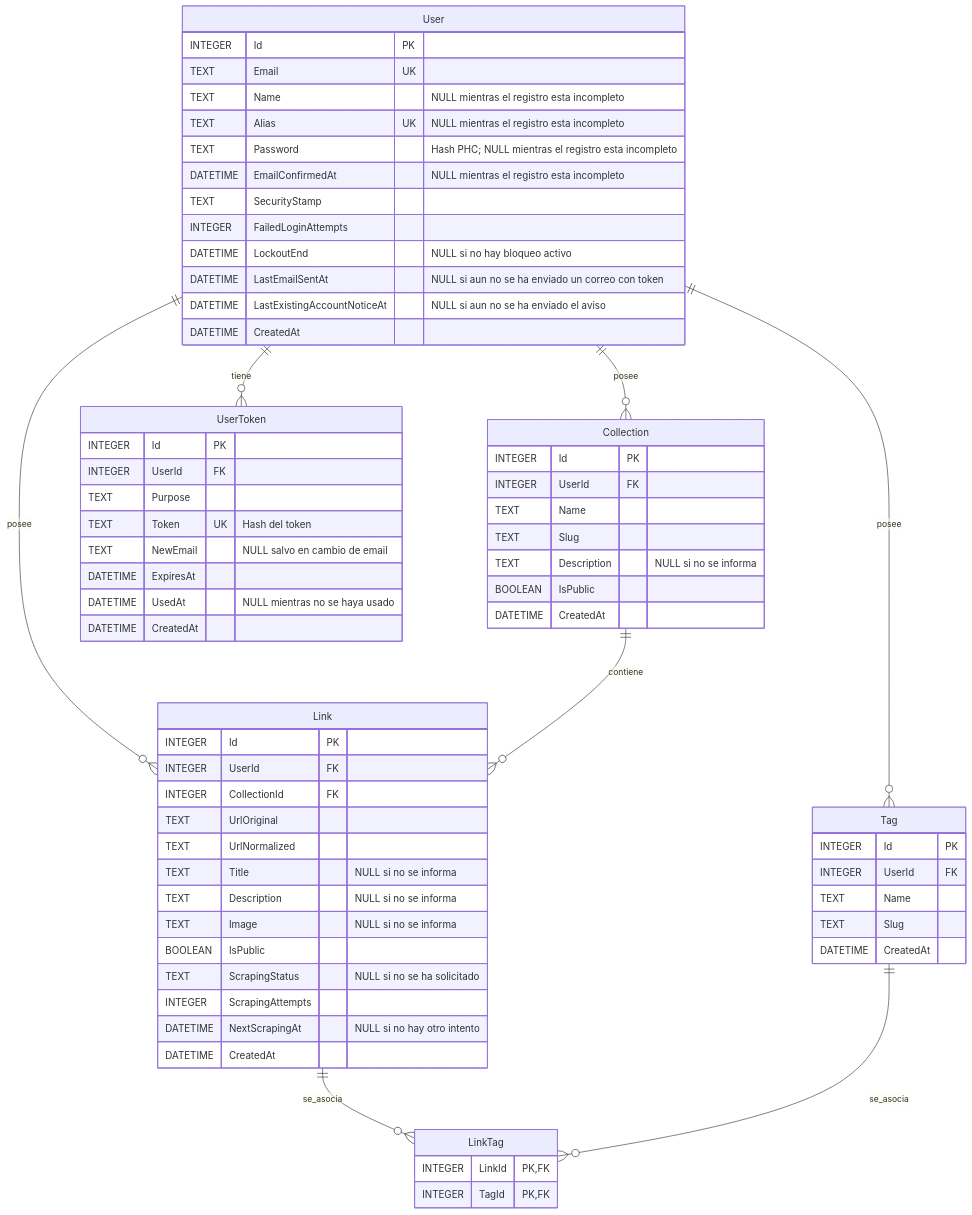
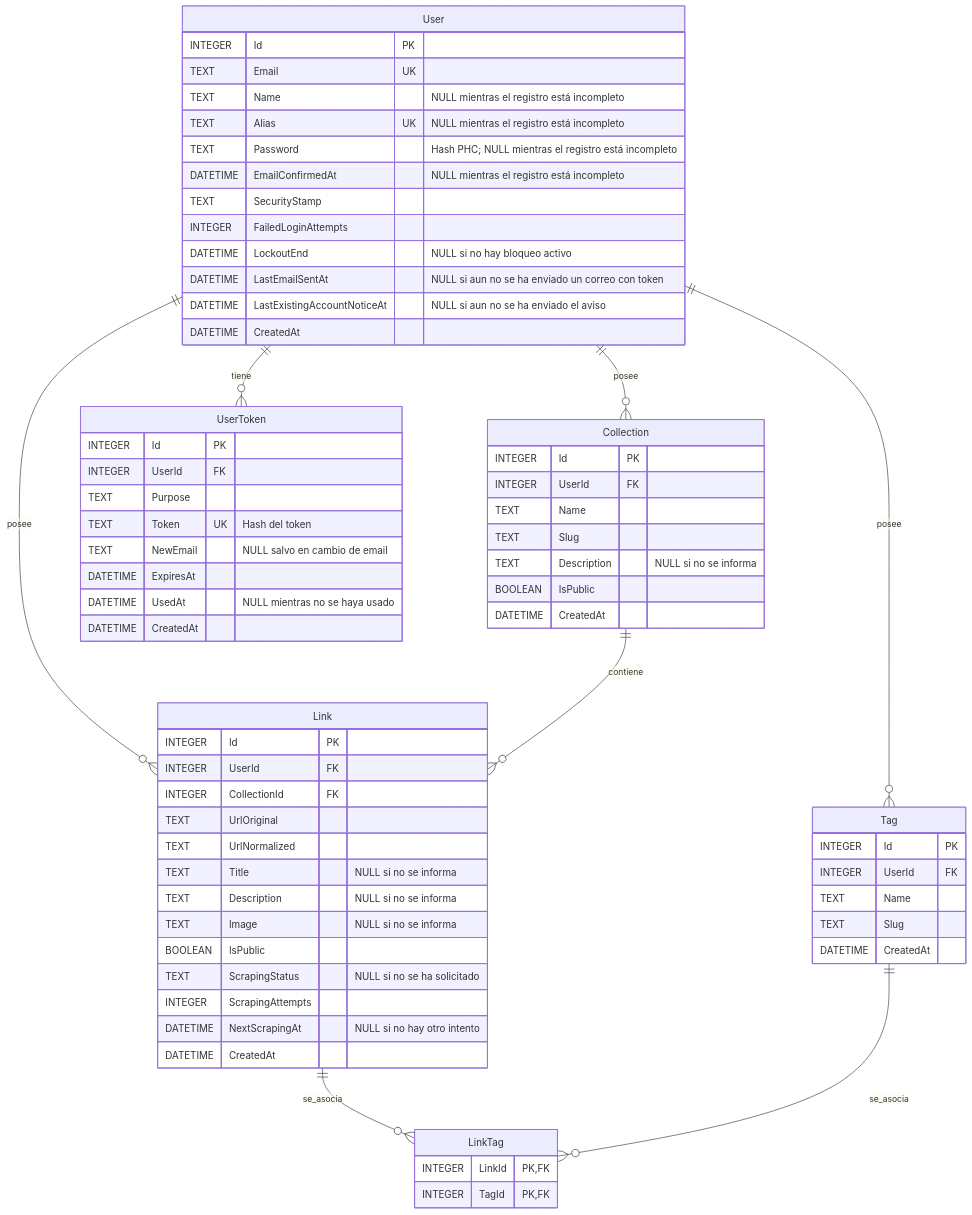
The diagram in context/diagrams/er-diagram.md (DaveSoftDev/Linkubator), drawn with Mermaid before and after one commit. The commit also changed other lines of this file and 22 other files, not shown here.

````diff
--- a/context/diagrams/er-diagram.md
+++ b/context/diagrams/er-diagram.md
@@ -5,75 +7,75 @@
 ```mermaid
 erDiagram
     User {
         INTEGER Id PK
         TEXT Email UK
-        TEXT Name "NULL mientras el registro esta incompleto"
-        TEXT Alias UK "NULL mientras el registro esta incompleto"
-        TEXT Password "Hash PHC; NULL mientras el registro esta incompleto"
-        DATETIME EmailConfirmedAt "NULL mientras el registro esta incompleto"
+        TEXT Name "NULL mientras el registro está incompleto"
+        TEXT Alias UK "NULL mientras el registro está incompleto"
+        TEXT Password "Hash PHC; NULL mientras el registro está incompleto"
+        DATETIME EmailConfirmedAt "NULL mientras el registro está incompleto"
         TEXT SecurityStamp
         INTEGER FailedLoginAttempts
         DATETIME LockoutEnd "NULL si no hay bloqueo activo"
         DATETIME LastEmailSentAt "NULL si aun no se ha enviado un correo con token"
         DATETIME LastExistingAccountNoticeAt "NULL si aun no se ha enviado el aviso"
         DATETIME CreatedAt
     }
 
     Collection {
         INTEGER Id PK
         INTEGER UserId FK
         TEXT Name
         TEXT Slug
         TEXT Description "NULL si no se informa"
         BOOLEAN IsPublic
         DATETIME CreatedAt
     }
 
     Link {
         INTEGER Id PK
         INTEGER UserId FK
         INTEGER CollectionId FK
         TEXT UrlOriginal
         TEXT UrlNormalized
         TEXT Title "NULL si no se informa"
         TEXT Description "NULL si no se informa"
         TEXT Image "NULL si no se informa"
         BOOLEAN IsPublic
         TEXT ScrapingStatus "NULL si no se ha solicitado"
         INTEGER ScrapingAttempts
         DATETIME NextScrapingAt "NULL si no hay otro intento"
         DATETIME CreatedAt
     }
 
     Tag {
         INTEGER Id PK
         INTEGER UserId FK
         TEXT Name
         TEXT Slug
         DATETIME CreatedAt
     }
 
     LinkTag {
         INTEGER LinkId PK, FK
         INTEGER TagId PK, FK
     }
 
     UserToken {
         INTEGER Id PK
         INTEGER UserId FK
         TEXT Purpose
         TEXT Token UK "Hash del token"
         TEXT NewEmail "NULL salvo en cambio de email"
         DATETIME ExpiresAt
         DATETIME UsedAt "NULL mientras no se haya usado"
         DATETIME CreatedAt
     }
 
     User ||--o{ Collection : posee
     User ||--o{ Link : posee
     User ||--o{ Tag : posee
     User ||--o{ UserToken : tiene
     Collection ||--o{ Link : contiene
     Link ||--o{ LinkTag : se_asocia
     Tag ||--o{ LinkTag : se_asocia
 ```
````
